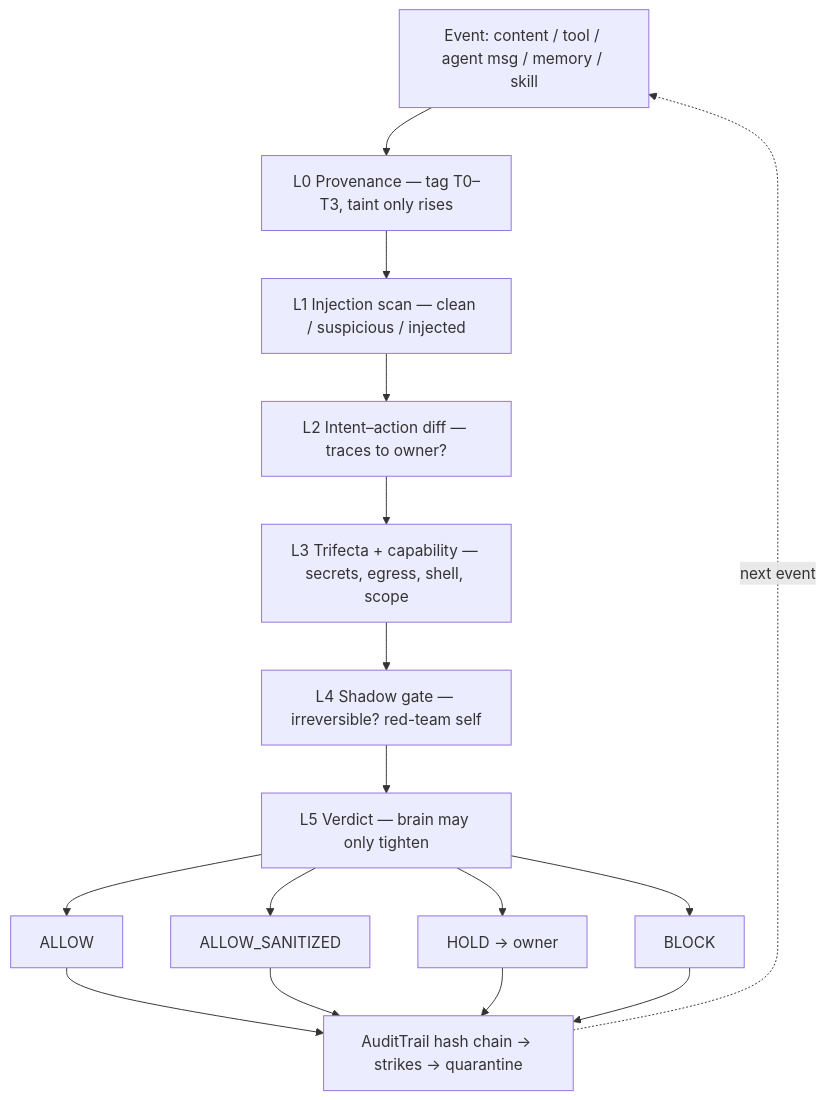
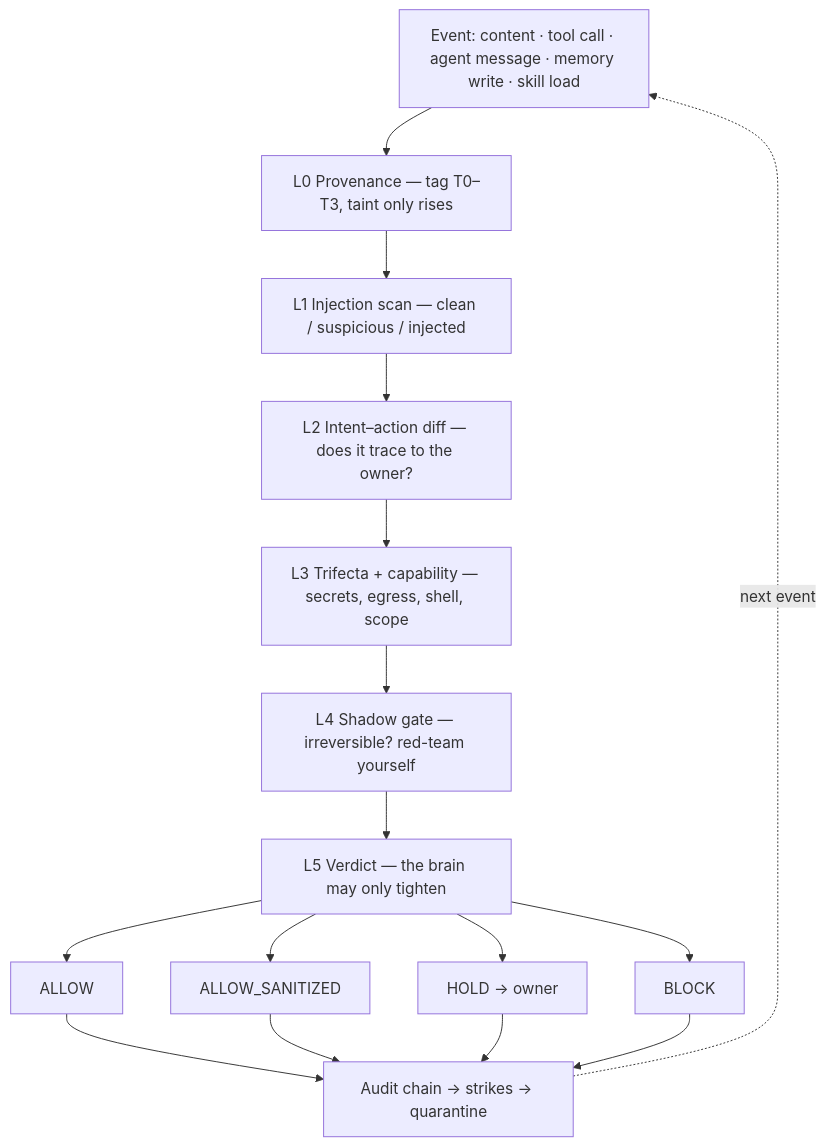
The diagram in README.md (ElmatadorZ/Genesis-security), drawn with Mermaid before and after one commit. The commit also changed other lines of this file and 2 other files, not shown here.

First line of the commit message:
README: usage guide, applications, extension points and roadmap; Ollama brain adapter

````diff
--- a/README.md
+++ b/README.md
@@ -40,12 +111,12 @@
 ```mermaid
 flowchart TD
-  E[Event: content / tool / agent msg / memory / skill] --> L0[L0 Provenance — tag T0–T3, taint only rises]
+  E[Event: content · tool call · agent message · memory write · skill load] --> L0[L0 Provenance — tag T0–T3, taint only rises]
   L0 --> L1[L1 Injection scan — clean / suspicious / injected]
-  L1 --> L2[L2 Intent–action diff — traces to owner?]
+  L1 --> L2[L2 Intent–action diff — does it trace to the owner?]
   L2 --> L3[L3 Trifecta + capability — secrets, egress, shell, scope]
-  L3 --> L4[L4 Shadow gate — irreversible? red-team self]
-  L4 --> L5[L5 Verdict — brain may only tighten]
+  L3 --> L4[L4 Shadow gate — irreversible? red-team yourself]
+  L4 --> L5[L5 Verdict — the brain may only tighten]
   L5 --> A[ALLOW] & S[ALLOW_SANITIZED] & H[HOLD → owner] & B[BLOCK]
-  A & S & H & B --> T[AuditTrail hash chain → strikes → quarantine]
+  A & S & H & B --> T[Audit chain → strikes → quarantine]
   T -. next event .-> E
 ```
````
